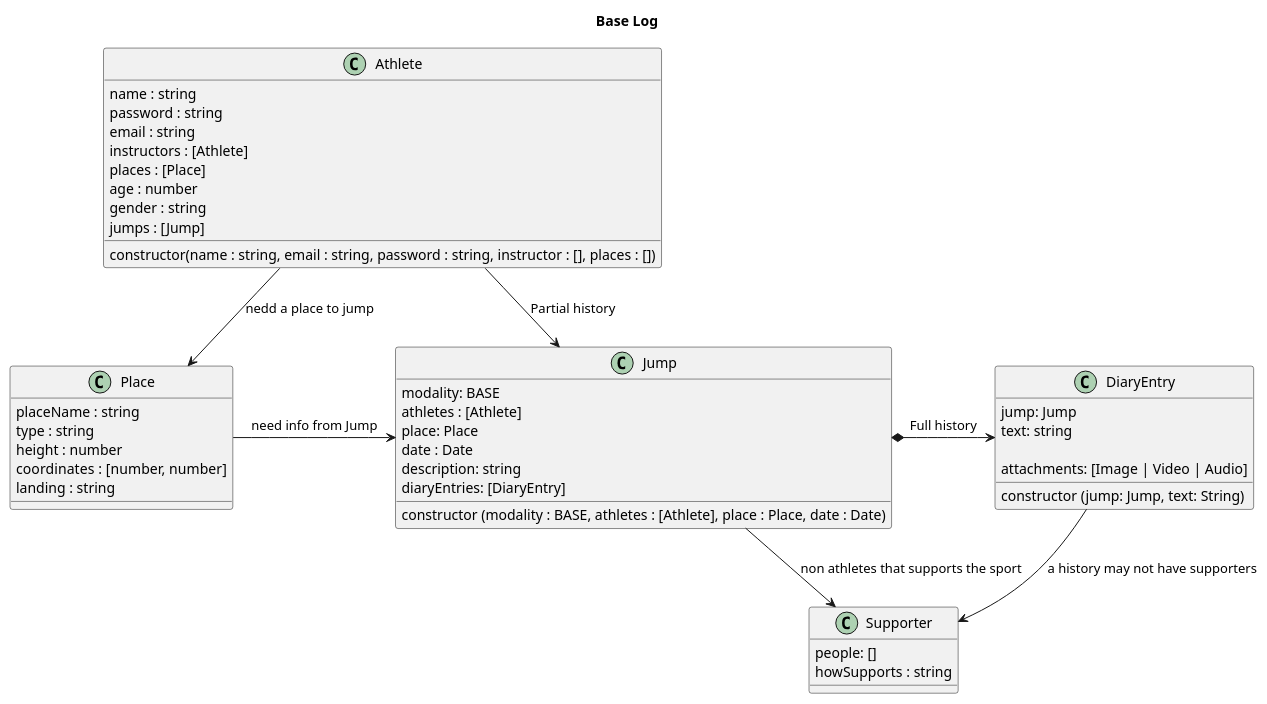
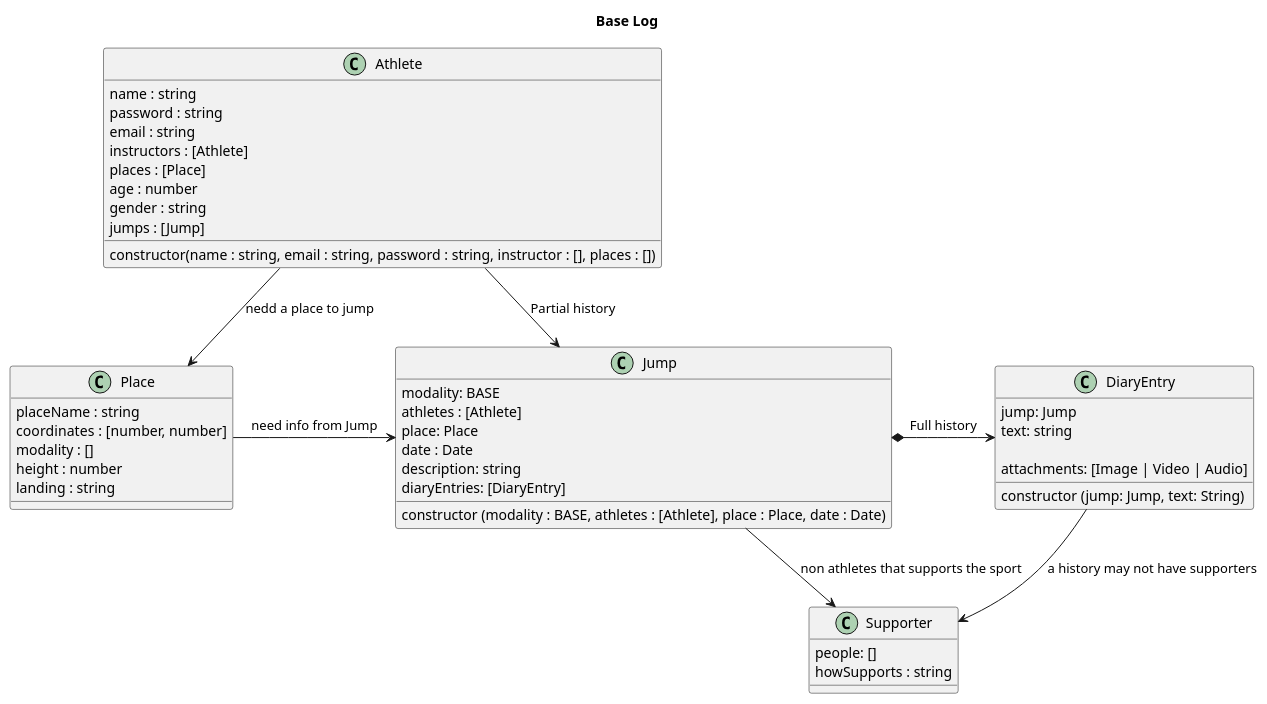
Before and after one commit to discombobulateme/webdoc: the diagram in architecture/class.puml, drawn with PlantUML.

Commit message:
Change logic in Places class

```diff
--- a/architecture/class.puml
+++ b/architecture/class.puml
@@ -1,68 +1,68 @@
 @startuml Base Log
 Title Base Log
 
 class Athlete {
 name : string
 password : string
 email : string
 instructors : [Athlete]
 places : [Place]
 age : number
 gender : string
 jumps : [Jump]
 
 constructor(name : string, email : string, password : string, instructor : [], places : [])
 }
 
 class Jump {
 ' addJump(Jump)
 ' Verify: if that place exists
 ' Verify: if you are linked in date and place with a Jump
 modality: BASE
 athletes : [Athlete]
 place: Place
 date : Date
 ' this is a sinopse
 description: string
 diaryEntries: [DiaryEntry]
 
 constructor (modality : BASE, athletes : [Athlete], place : Place, date : Date)
 }
 
 class DiaryEntry {
 jump: Jump
 ' this is the full history text
 text: string
 
 attachments: [Image | Video | Audio]
 
 constructor (jump: Jump, text: String)
 }
 
 class Place {
 placeName : string
-type : string
+coordinates : [number, number]
+modality : []
 height : number
-coordinates : [number, number]
 landing : string
 }
 
 'non Athletes that supports the sport
 class Supporter {
 people: []
 howSupports : string
 }
 
 ' Head *- Hand : composition
 ' Parent o-- IndependentChild : agregation
 ' Need --> Use : association
 
 Athlete --> Place : nedd a place to jump
 Athlete -> Jump : Partial history
 
 Place -> Jump : need info from Jump
 Jump *-> DiaryEntry : Full history
 Jump --> Supporter : non athletes that supports the sport
 DiaryEntry --> Supporter : a history may not have supporters
 
 @enduml
```
